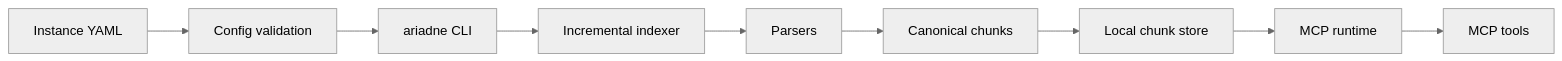
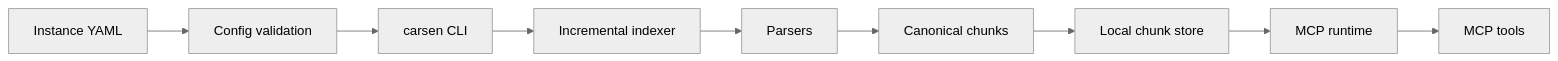
The diagram in docs/architecture.md (LorenzoMugnai/Carsen), drawn with Mermaid (neutral theme) before and after one commit. The commit also changed other lines of this file and 113 other files, not shown here.

````diff
--- a/docs/architecture.md
+++ b/docs/architecture.md
@@ -5,11 +5,11 @@
 ```mermaid
 flowchart LR
   YAML[Instance YAML] --> Config[Config validation]
-  Config --> CLI[ariadne CLI]
+  Config --> CLI[carsen CLI]
   CLI --> Indexer[Incremental indexer]
   Indexer --> Parsers[Parsers]
   Parsers --> Chunks[Canonical chunks]
   Chunks --> Store[Local chunk store]
   Store --> Runtime[MCP runtime]
   Runtime --> Tools[MCP tools]
 ```
````
